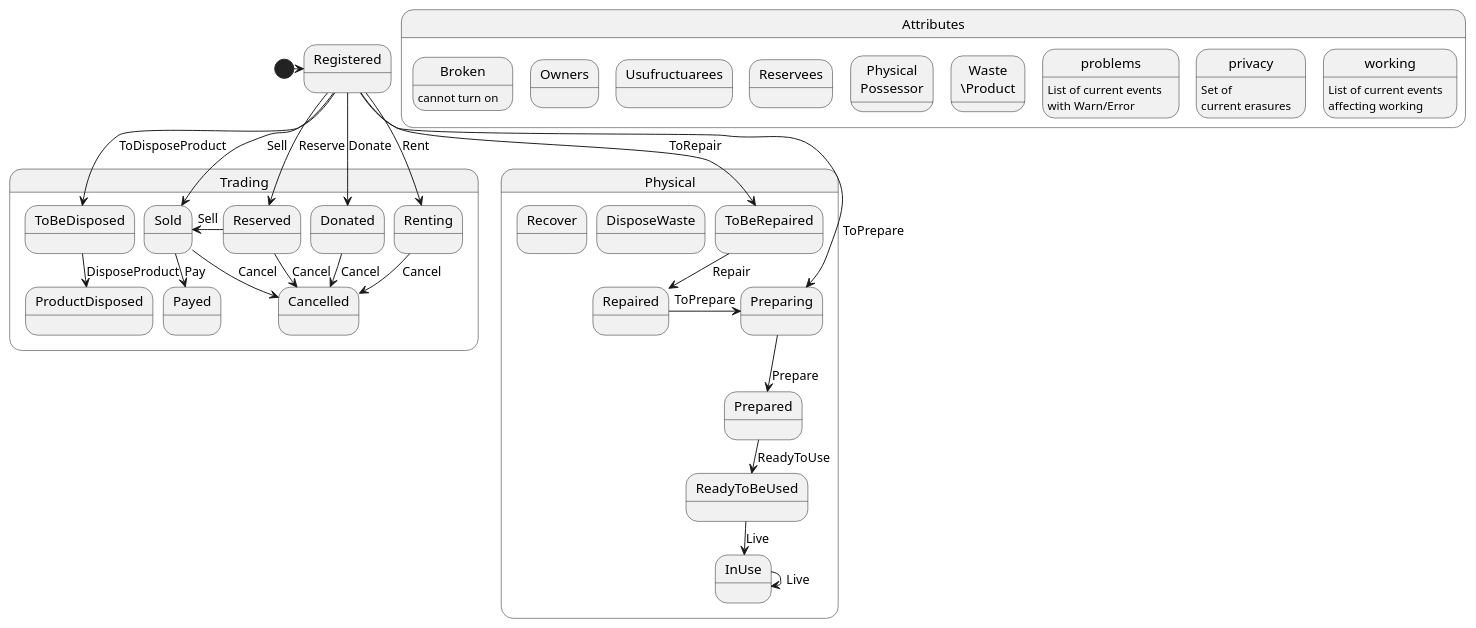
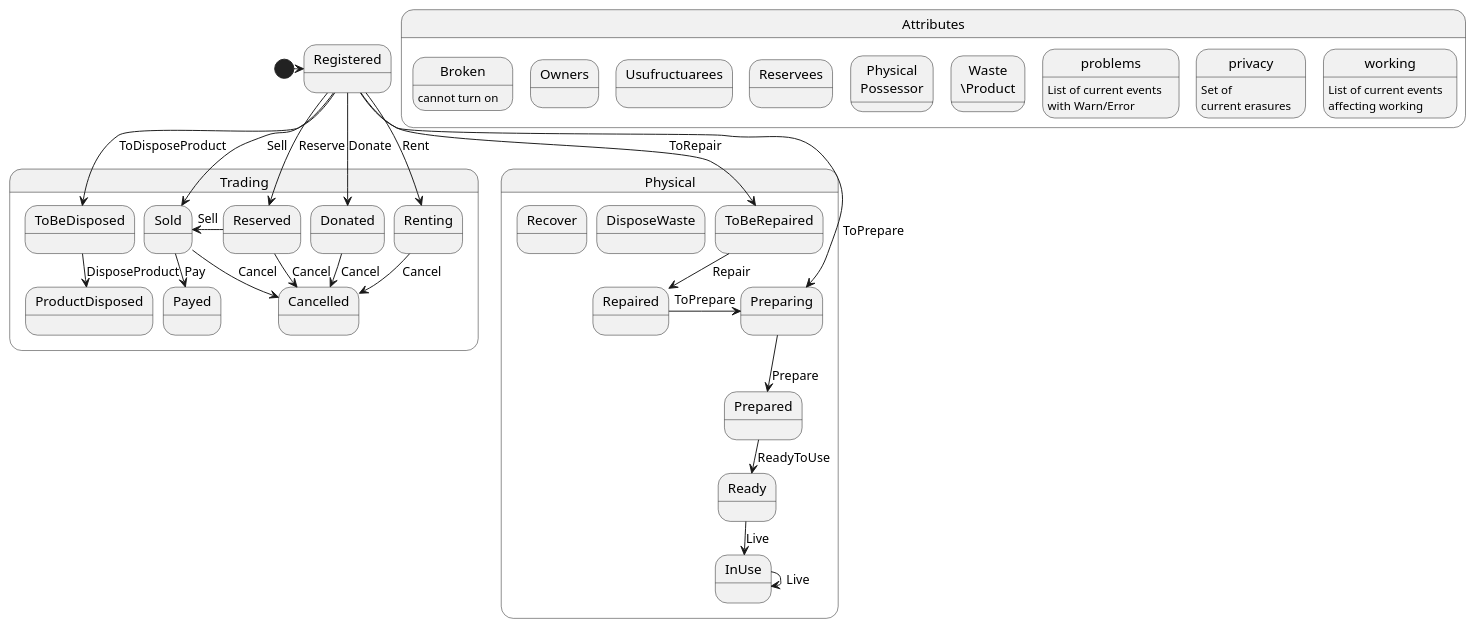
Before and after one commit to eReuse/devicehub-teal: the diagram in docs/states.puml, drawn with PlantUML. The commit also changed 18 other files, not shown here.

```diff
--- a/docs/states.puml
+++ b/docs/states.puml
@@ -1,49 +1,49 @@
 @startuml
 skinparam nodesep 10
 skinparam ranksep 1
 
 
 [*] -> Registered
 
 state Attributes {
 	state Broken : cannot turn on
 	state Owners
 	state Usufructuarees
 	state Reservees
 	state "Physical\nPossessor"
 	state "Waste\n\Product"
 	state problems : List of current events \nwith Warn/Error
 	state privacy : Set of\ncurrent erasures
 	state working : List of current events\naffecting working
 }
 
 state Physical {
 	Registered --> Preparing : ToPrepare
 	Registered --> ToBeRepaired : ToRepair
 	ToBeRepaired --> Repaired : Repair
 	Repaired -> Preparing : ToPrepare
 	Preparing --> Prepared : Prepare
-	Prepared --> ReadyToBeUsed : ReadyToUse
-	ReadyToBeUsed --> InUse : Live
+	Prepared --> Ready : ReadyToUse
+	Ready --> InUse : Live
 	InUse -> InUse : Live
 	state DisposeWaste
 	state Recover
 
 }
 
 state Trading {
 	Registered --> Reserved : Reserve
 	Registered --> Sold : Sell
 	Reserved -> Sold : Sell
 	Reserved --> Cancelled : Cancel
 	Sold --> Cancelled : Cancel
 	Sold --> Payed : Pay
 	Registered --> ToBeDisposed : ToDisposeProduct
 	ToBeDisposed --> ProductDisposed : DisposeProduct
 	Registered --> Donated: Donate
 	Registered --> Renting: Rent
 	Donated --> Cancelled : Cancel
 	Renting --> Cancelled : Cancel
 }
 
 @enduml
```
